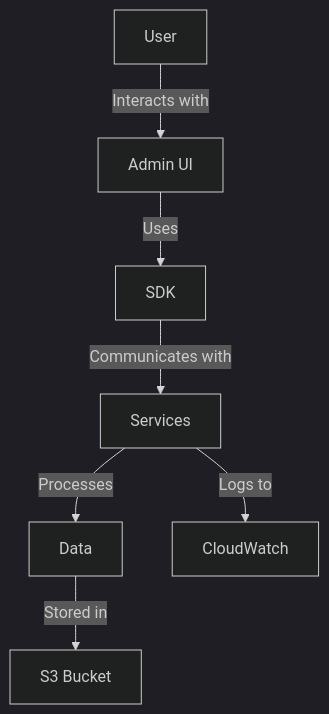
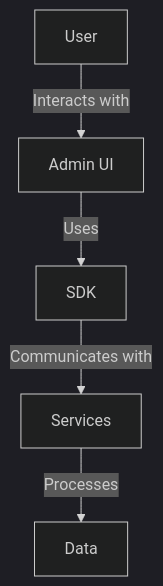
One commit to ankitnwemp/demo changed the diagram in README.md. Above: the diagram before and after it, drawn with Mermaid (dark theme). The commit also changed other lines of this file, not shown here.

````diff
--- a/README.md
+++ b/README.md
@@ -18,9 +18,7 @@
 ```mermaid
 graph TD;
     A[User] -->|Interacts with| B[Admin UI];
     B -->|Uses| C[SDK];
     C -->|Communicates with| D[Services];
     D -->|Processes| E[Data];
-    E -->|Stored in| F[S3 Bucket];
-    D -->|Logs to| G[CloudWatch];
 ```
````
